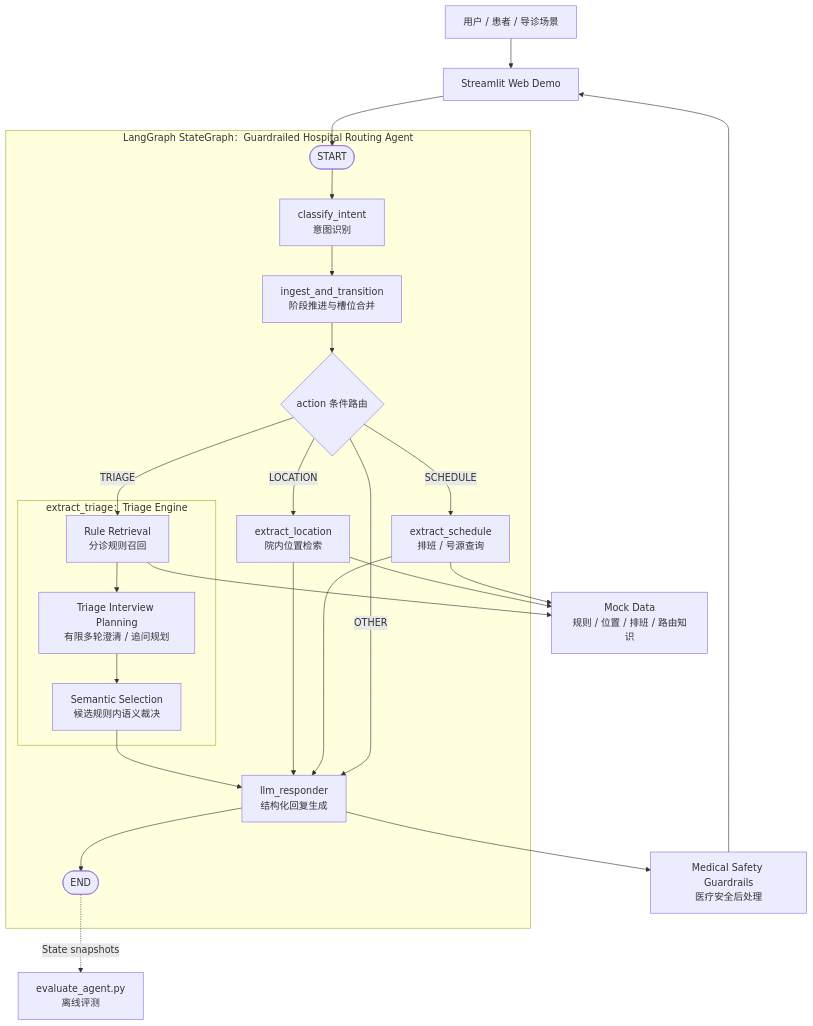
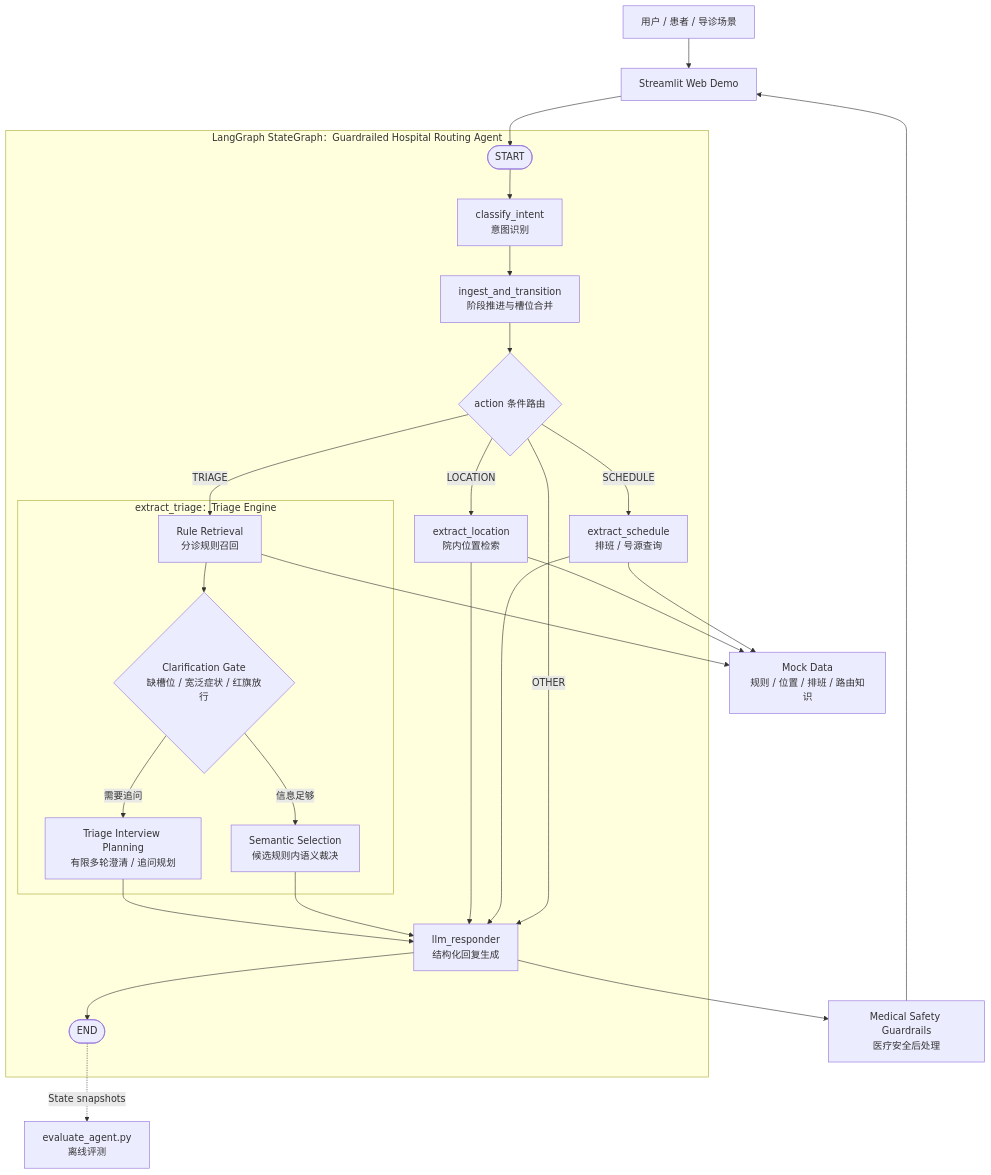
One commit to xli561980-ship-it/Hospital_Agent changed the diagram in docs/architecture.md. Above: the diagram before and after it, drawn with Mermaid. The commit also changed 7 other files, not shown here.

````diff
--- a/docs/architecture.md
+++ b/docs/architecture.md
@@ -17,40 +17,44 @@
 ```mermaid
 flowchart TB
     U["用户 / 患者 / 导诊场景"]
     WEB["Streamlit Web Demo"]
     DATA["Mock Data<br/>规则 / 位置 / 排班 / 路由知识"]
     GUARD["Medical Safety Guardrails<br/>医疗安全后处理"]
     EVAL["evaluate_agent.py<br/>离线评测"]
 
     subgraph GRAPH["LangGraph StateGraph：Guardrailed Hospital Routing Agent"]
         START([START])
         INTENT["classify_intent<br/>意图识别"]
         TRANSITION["ingest_and_transition<br/>阶段推进与槽位合并"]
         ROUTE{"action 条件路由"}
         subgraph TRIAGE_MODULE["extract_triage：Triage Engine"]
             TRIAGE["Rule Retrieval<br/>分诊规则召回"]
+            CLARIFY{"Clarification Gate<br/>缺槽位 / 宽泛症状 / 红旗放行"}
             INTERVIEW["Triage Interview Planning<br/>有限多轮澄清 / 追问规划"]
             SELECT["Semantic Selection<br/>候选规则内语义裁决"]
-            TRIAGE --> INTERVIEW --> SELECT
+            TRIAGE --> CLARIFY
+            CLARIFY -->|"需要追问"| INTERVIEW
+            CLARIFY -->|"信息足够"| SELECT
         end
         LOCATION["extract_location<br/>院内位置检索"]
         SCHEDULE["extract_schedule<br/>排班 / 号源查询"]
         RESP["llm_responder<br/>结构化回复生成"]
         END_NODE([END])
 
         START --> INTENT --> TRANSITION --> ROUTE
         ROUTE -->|"TRIAGE"| TRIAGE
+        INTERVIEW --> RESP
         SELECT --> RESP
         ROUTE -->|"LOCATION"| LOCATION --> RESP
         ROUTE -->|"SCHEDULE"| SCHEDULE --> RESP
         ROUTE -->|"OTHER"| RESP
         RESP --> END_NODE
     end
 
     U --> WEB --> START
     TRIAGE --> DATA
     LOCATION --> DATA
     SCHEDULE --> DATA
     RESP --> GUARD --> WEB
     END_NODE -. "State snapshots" .-> EVAL
 ```
````
